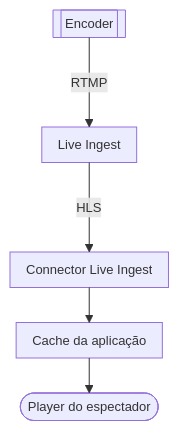
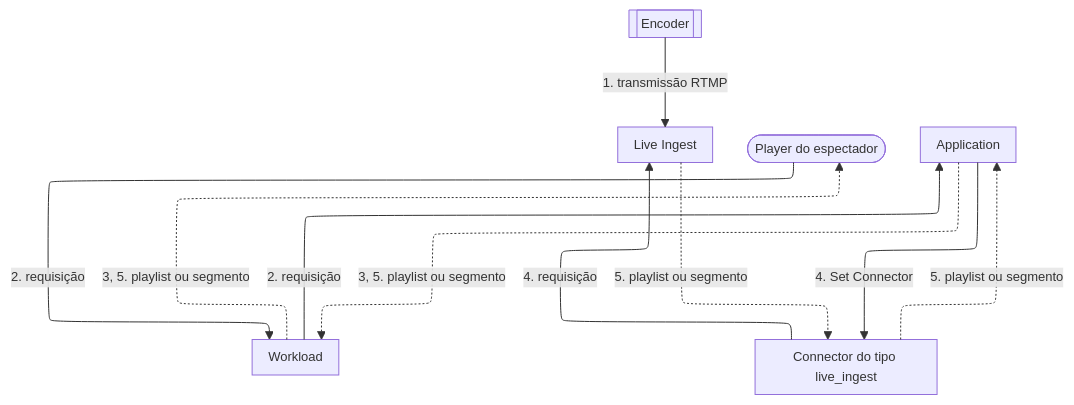
The diagram in apps/docs/src/content/docs/pt-br/pages/secure/live-ingest/ingestao-e-entrega.mdx (aziontech/docs), drawn with Mermaid before and after one commit. The commit also changed other lines of this file and 83 other files, not shown here.

````diff
--- a/apps/docs/src/content/docs/pt-br/pages/secure/live-ingest/ingestao-e-entrega.mdx
+++ b/apps/docs/src/content/docs/pt-br/pages/secure/live-ingest/ingestao-e-entrega.mdx
@@ -58,8 +60,19 @@
 ```mermaid
-%%{init: {"layout": "elk", "themeVariables": {"fontSize": "13px"}, "flowchart": {"nodeSpacing": 24, "rankSpacing": 36, "padding": 8, "wrappingWidth": 150, "useMaxWidth": true}, "sequence": {"width": 120, "actorMargin": 30, "useMaxWidth": true}}}%%
+%%{init: {"layout": "elk", "elk": {"cycleBreakingStrategy": "MODEL_ORDER"}, "themeVariables": {"fontSize": "13px"}, "flowchart": {"nodeSpacing": 24, "rankSpacing": 36, "padding": 8, "wrappingWidth": 150, "useMaxWidth": true}, "sequence": {"width": 120, "actorMargin": 30, "useMaxWidth": true}}}%%
 flowchart TD
-  Enc[["Encoder"]] -->|"RTMP"| LI["Live Ingest"]
-  LI -->|"HLS"| Conn["Connector Live Ingest"]
-  Conn --> App["Cache da aplicação"]
-  App --> Player(["Player do espectador"])
+  Enc[["Encoder"]]
+  LI["Live Ingest"]
+  Player(["Player do espectador"])
+  WL["Workload"]
+  App["Application"]
+  Conn["Connector do tipo live_ingest"]
+  Enc -->|"1. transmissão RTMP"| LI
+  Player -->|"2. requisição"| WL
+  WL -->|"2. requisição"| App
+  App -->|"4. Set Connector"| Conn
+  Conn -->|"4. requisição"| LI
+  LI -.->|"5. playlist ou segmento"| Conn
+  Conn -.->|"5. playlist ou segmento"| App
+  App -.->|"3, 5. playlist ou segmento"| WL
+  WL -.->|"3, 5. playlist ou segmento"| Player
 ```
````
